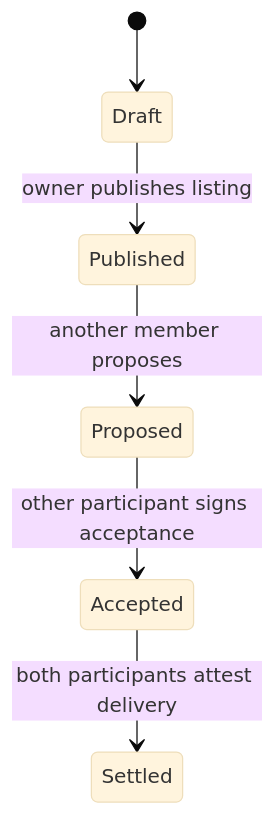
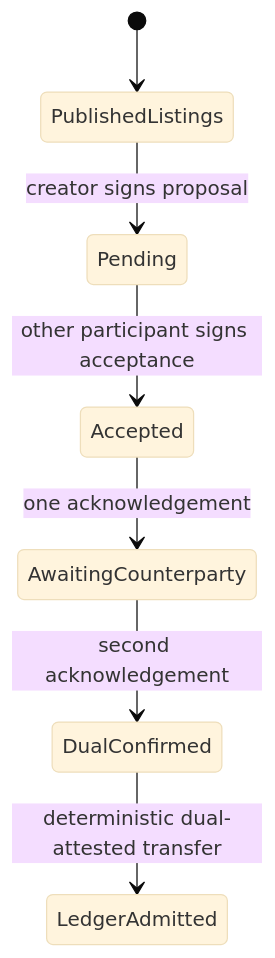
One commit to matthewlovestocode/peer-hours changed the diagram in docs/education/28-accepted-proposal.md. Above: the diagram before and after it, drawn with Mermaid (base theme). The commit also changed other lines of this file and 62 other files, not shown here.

````diff
--- a/docs/education/28-accepted-proposal.md
+++ b/docs/education/28-accepted-proposal.md
@@ -5,8 +5,9 @@
 ```mermaid
 stateDiagram-v2
-  [*] --> Draft
-  Draft --> Published: owner publishes listing
-  Published --> Proposed: another member proposes
-  Proposed --> Accepted: other participant signs acceptance
-  Accepted --> Settled: both participants attest delivery
+  [*] --> PublishedListings
+  PublishedListings --> Pending: creator signs proposal
+  Pending --> Accepted: other participant signs acceptance
+  Accepted --> AwaitingCounterparty: one acknowledgement
+  AwaitingCounterparty --> DualConfirmed: second acknowledgement
+  DualConfirmed --> LedgerAdmitted: deterministic dual-attested transfer
 ```
````
